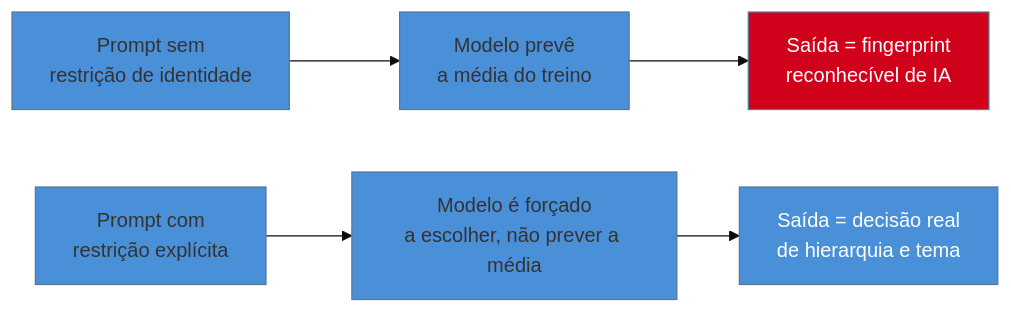
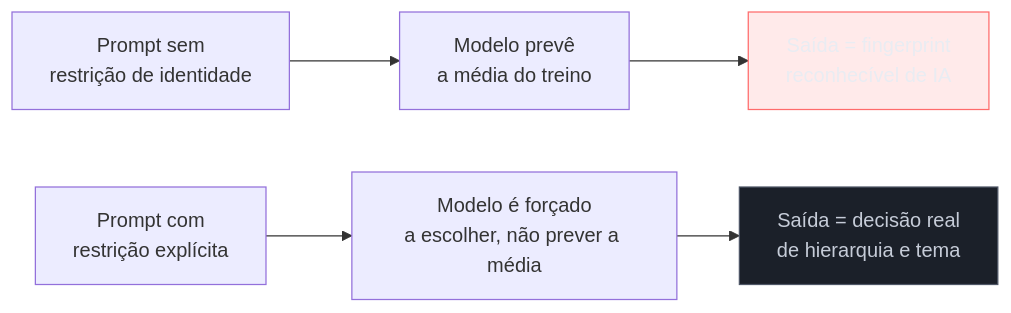
Before and after one commit to josenaldo/codex-technomanticus: the diagram in 03-Dominios/Tecnologia/Ferramentas de Design/05 - Estética genérica de IA e como escapar.md, drawn with Mermaid. The commit also changed 1181 other files, not shown here.

First line of the commit message:
fix(diagramas): paleta do sistema no lugar de cor cravada no markdown

````diff
--- a/03-Dominios/Tecnologia/Ferramentas de Design/05 - Estética genérica de IA e como escapar.md
+++ b/03-Dominios/Tecnologia/Ferramentas de Design/05 - Estética genérica de IA e como escapar.md
@@ -32,10 +32,11 @@
 ```mermaid
-%%{init: {"theme": "base", "themeVariables": {"primaryColor": "#4A90D9"}}}%%
 graph LR
+    classDef falha fill:#FF6B6B24,stroke:#FF6B6B,color:#E9ECF2
+    classDef neutro fill:#1B2029,stroke:#4E5666,color:#C6CCD8
     P["Prompt sem<br/>restrição de identidade"] --> M["Modelo prevê<br/>a média do treino"]
     M --> S["Saída = fingerprint<br/>reconhecível de IA"]
     P2["Prompt com<br/>restrição explícita"] --> D["Modelo é forçado<br/>a escolher, não prever a média"]
     D --> R["Saída = decisão real<br/>de hierarquia e tema"]
-    style S fill:#D0021B,color:#fff
-    style R fill:#4A90D9,color:#fff
+    class S falha
+    class R neutro
 ```
````
